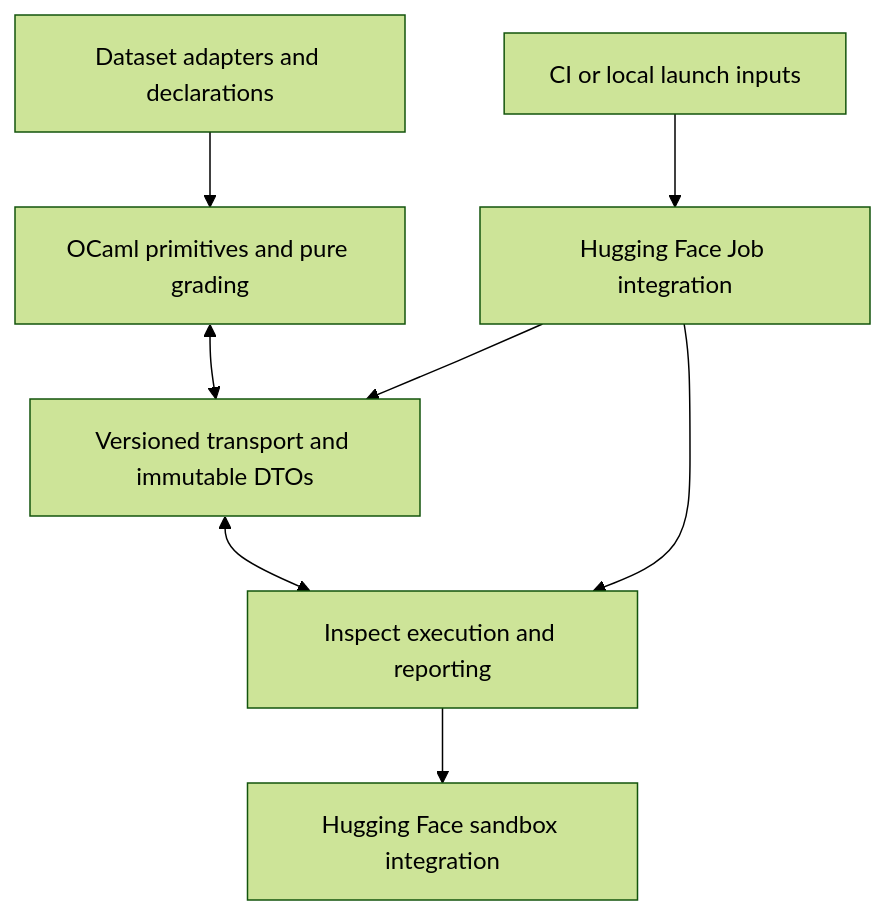
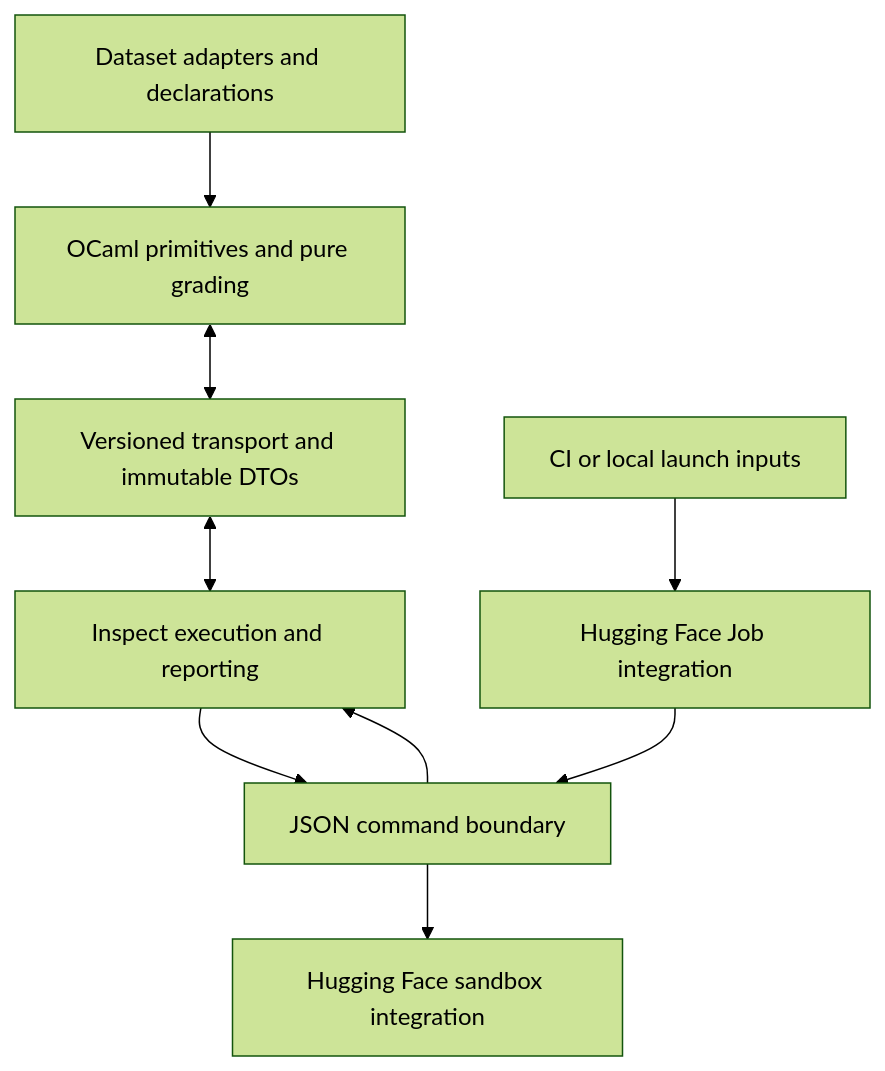
One commit to shaquan1228/genius changed the diagram in evals/README.md. Above: the diagram before and after it, drawn with Mermaid (forest theme). The commit also changed other lines of this file and 29 other files, not shown here.

````diff
--- a/evals/README.md
+++ b/evals/README.md
@@ -12,10 +12,11 @@
 ```mermaid
 flowchart TB
   D[Dataset adapters and declarations] --> K[OCaml primitives and pure grading]
   K <--> T[Versioned transport and immutable DTOs]
   T <--> I[Inspect execution and reporting]
-  I --> H[Hugging Face sandbox integration]
+  I --> Q[JSON command boundary]
+  Q --> H[Hugging Face sandbox integration]
   C[CI or local launch inputs] --> J[Hugging Face Job integration]
-  J --> T
-  J --> I
+  J --> Q
+  Q --> I
 ```
````
